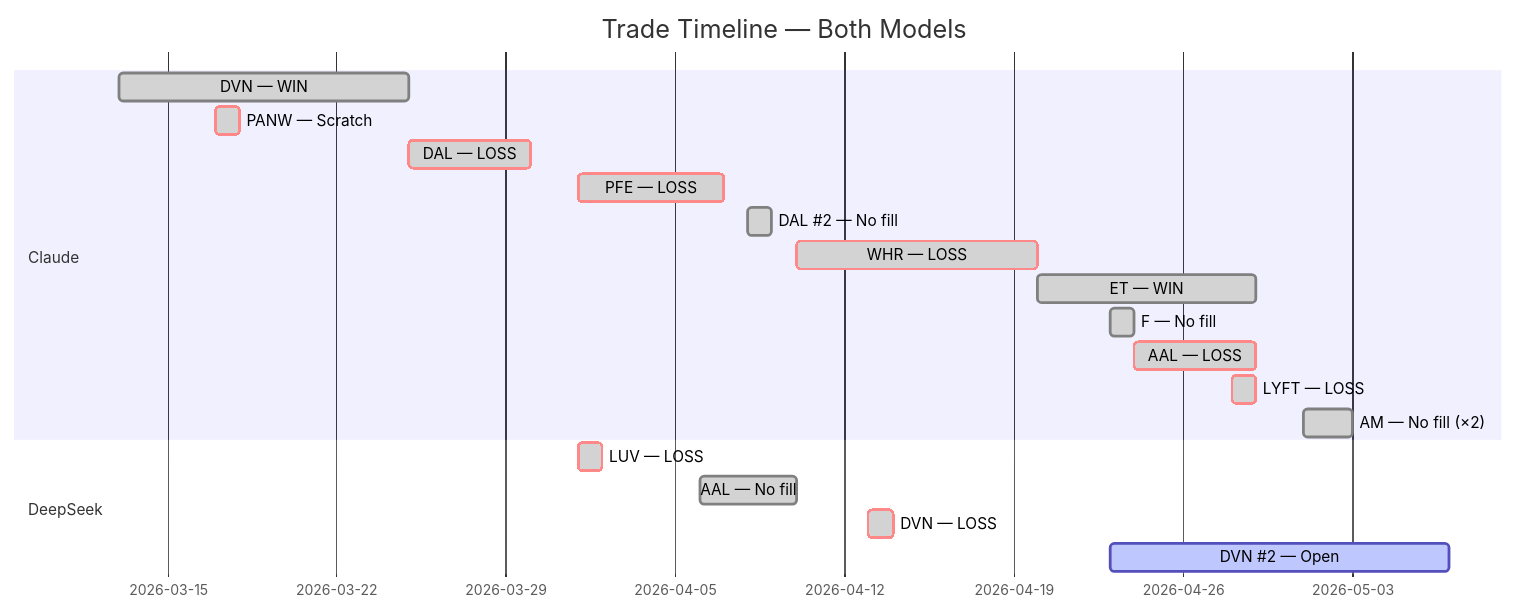
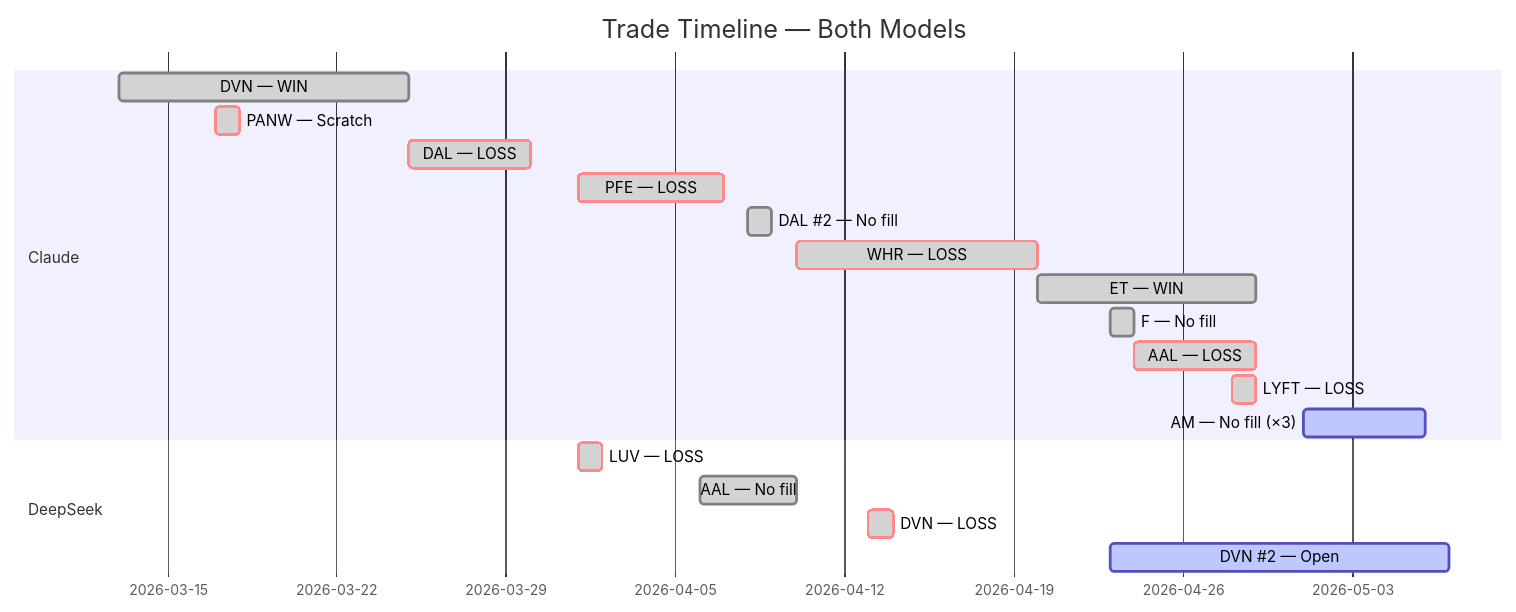
The fifth of 5 diagrams in README.md (zachisit/ai-auto-buy-thesis), drawn with Mermaid before and after one commit. The commit also changed other lines of this file and 2 other files, not shown here.

````diff
--- a/README.md
+++ b/README.md
@@ -62,22 +62,22 @@
 ```mermaid
 gantt
     title Trade Timeline — Both Models
     dateFormat YYYY-MM-DD
     section Claude
     DVN — WIN            :done,    2026-03-13, 2026-03-25
     PANW — Scratch       :crit, done, 2026-03-17, 2026-03-18
     DAL — LOSS           :crit, done, 2026-03-25, 2026-03-30
     PFE — LOSS           :crit, done, 2026-04-01, 2026-04-07
     DAL #2 — No fill     :done,    2026-04-08, 2026-04-09
     WHR — LOSS           :crit, done, 2026-04-10, 2026-04-20
     ET — WIN             :done,    2026-04-20, 2026-04-29
     F — No fill          :done,    2026-04-23, 2026-04-24
     AAL — LOSS           :crit, done, 2026-04-24, 2026-04-29
     LYFT — LOSS          :crit, done, 2026-04-28, 2026-04-29
-    AM — No fill (×2)    :done,    2026-05-01, 2026-05-03
+    AM — No fill (×3)    :active,  2026-05-01, 2026-05-06
     section DeepSeek
     LUV — LOSS           :crit, done, 2026-04-01, 2026-04-02
     AAL — No fill        :done,    2026-04-06, 2026-04-10
     DVN — LOSS           :crit, done, 2026-04-13, 2026-04-14
     DVN #2 — Open        :active,  2026-04-23, 2026-05-07
 ```
````
